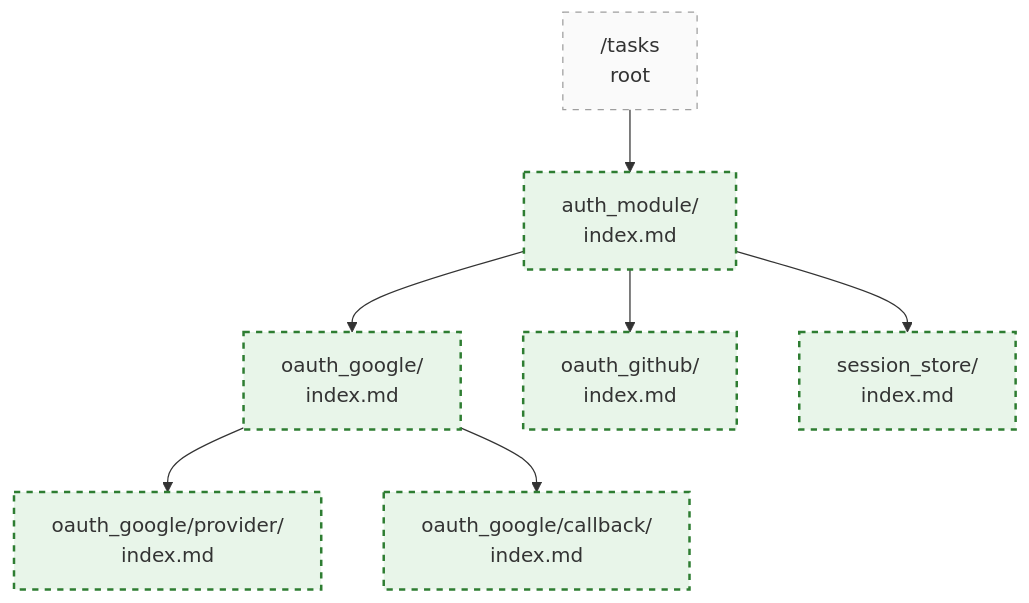
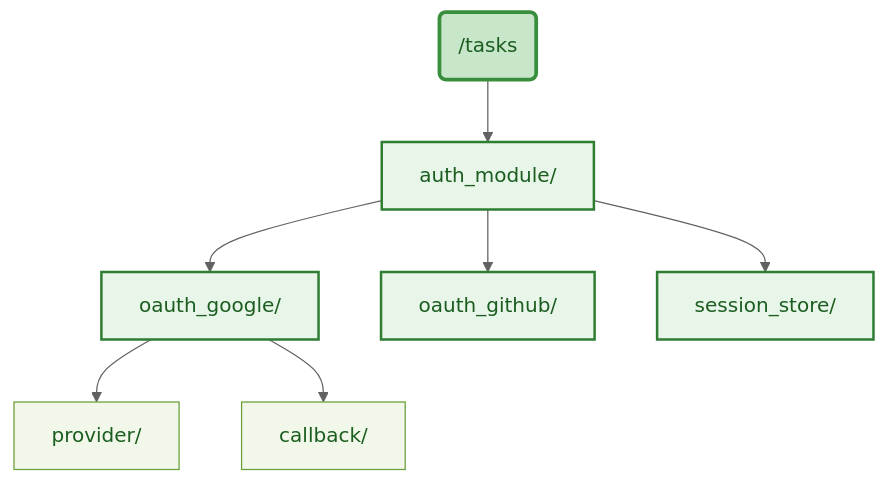
One commit to Lazyn0tBug/mem0ress changed the first of 4 diagrams in docs/spec.md. Above: the diagram before and after it, drawn with Mermaid. The commit also changed other lines of this file, not shown here.

````diff
--- a/docs/spec.md
+++ b/docs/spec.md
@@ -75,23 +75,26 @@
 ```mermaid
 %% label：分形树状结构
+%%{ init: { 'theme': 'base', 'themeVariables': { 'primaryColor': '#e8f5e9', 'primaryTextColor': '#1b5e20', 'primaryBorderColor': '#2e7d32', 'lineColor': '#616161', 'secondaryColor': '#fafafa', 'tertiaryColor': '#f5f5f5' } } }%%
 graph TD
-    root["/tasks<br>root"]
-    taskA["auth_module/<br>index.md"]
-    taskA1["oauth_google/<br>index.md"]
-    taskA2["oauth_github/<br>index.md"]
-    taskA3["session_store/<br>index.md"]
-    taskA1a["oauth_google/provider/<br>index.md"]
-    taskA1b["oauth_google/callback/<br>index.md"]
+    root("/tasks")
+    A["auth_module/"]
+    A1["oauth_google/"]
+    A2["oauth_github/"]
+    A3["session_store/"]
+    A1a["provider/"]
+    A1b["callback/"]
 
-    root --> taskA
-    taskA --> taskA1
-    taskA --> taskA2
-    taskA --> taskA3
-    taskA1 --> taskA1a
-    taskA1 --> taskA1b
+    root --> A
+    A --> A1
+    A --> A2
+    A --> A3
+    A1 --> A1a
+    A1 --> A1b
 
     classDef task fill:#e8f5e9,stroke:#2e7d32,stroke-width:2px;
-    classDef root fill:#fafafa,stroke:#9e9e9e,stroke-width:1px,stroke-dasharray:5 5;
+    classDef root fill:#c8e6c9,stroke:#388e3c,stroke-width:3px;
+    classDef leaf fill:#f1f8e9,stroke:#689f38,stroke-width:1px;
     class root root;
-    class taskA,taskA1,taskA2,taskA3,taskA1a,taskA1b task;
+    class A,A1,A2,A3 task;
+    class A1a,A1b leaf;
 ```
````
